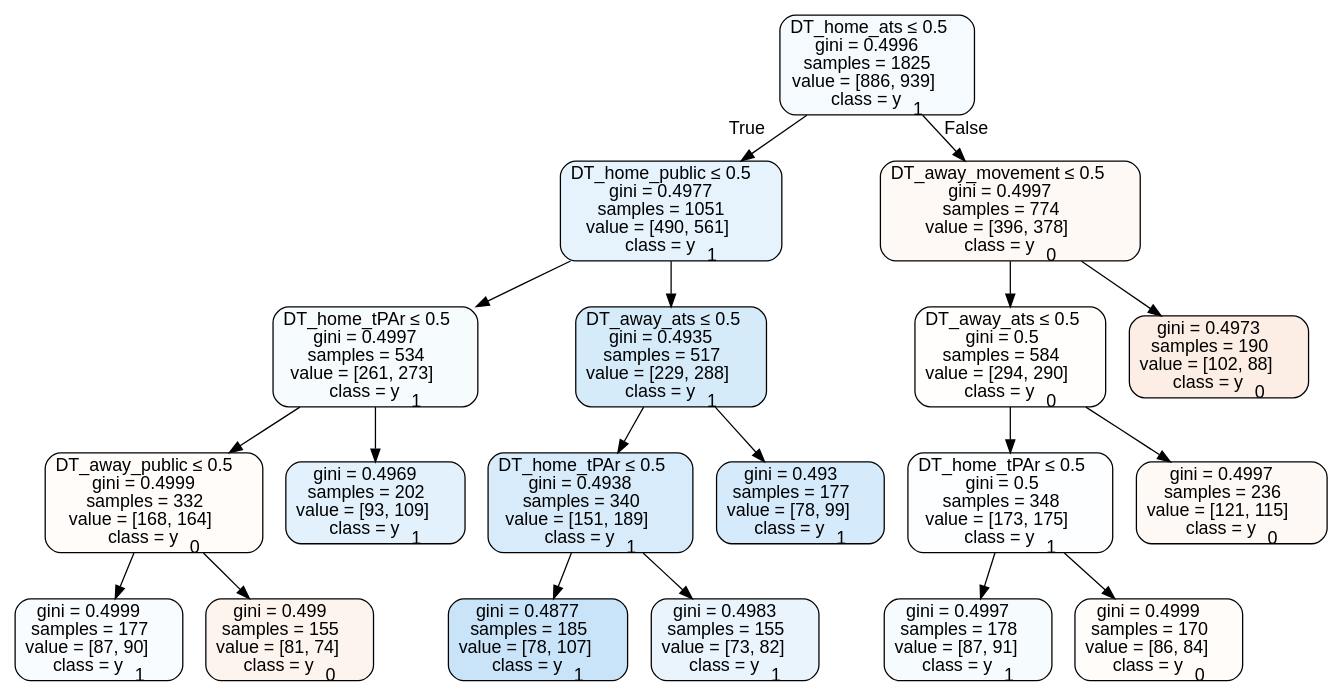
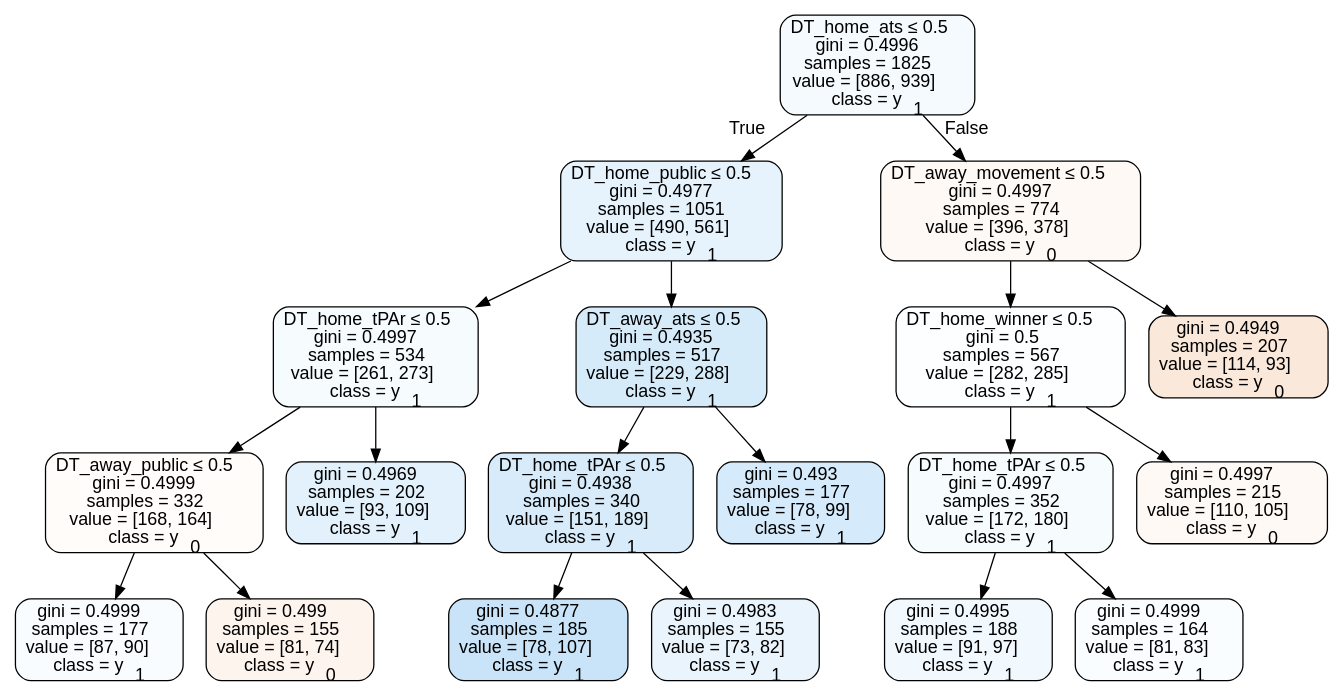
One commit to usbogie/ncaa-bets changed the diagram in tree_data/tree2015neutral.dot. Above: the diagram before and after it, drawn with Graphviz. The commit also changed 22 other files, not shown here.

```diff
--- a/tree_data/tree2015neutral.dot
+++ b/tree_data/tree2015neutral.dot
@@ -1,41 +1,41 @@
 digraph Tree {
 node [shape=box, style="filled, rounded", color="black", fontname=helvetica] ;
 edge [fontname=helvetica] ;
 0 [label=<DT_home_ats &le; 0.5<br/>gini = 0.4996<br/>samples = 1825<br/>value = [886, 939]<br/>class = y<SUB>1</SUB>>, fillcolor="#399de50e"] ;
 1 [label=<DT_home_public &le; 0.5<br/>gini = 0.4977<br/>samples = 1051<br/>value = [490, 561]<br/>class = y<SUB>1</SUB>>, fillcolor="#399de520"] ;
 0 -> 1 [labeldistance=2.5, labelangle=45, headlabel="True"] ;
 2 [label=<DT_home_tPAr &le; 0.5<br/>gini = 0.4997<br/>samples = 534<br/>value = [261, 273]<br/>class = y<SUB>1</SUB>>, fillcolor="#399de50b"] ;
 1 -> 2 ;
 3 [label=<DT_away_public &le; 0.5<br/>gini = 0.4999<br/>samples = 332<br/>value = [168, 164]<br/>class = y<SUB>0</SUB>>, fillcolor="#e5813906"] ;
 2 -> 3 ;
 4 [label=<gini = 0.4999<br/>samples = 177<br/>value = [87, 90]<br/>class = y<SUB>1</SUB>>, fillcolor="#399de508"] ;
 3 -> 4 ;
 5 [label=<gini = 0.499<br/>samples = 155<br/>value = [81, 74]<br/>class = y<SUB>0</SUB>>, fillcolor="#e5813916"] ;
 3 -> 5 ;
 6 [label=<gini = 0.4969<br/>samples = 202<br/>value = [93, 109]<br/>class = y<SUB>1</SUB>>, fillcolor="#399de525"] ;
 2 -> 6 ;
 7 [label=<DT_away_ats &le; 0.5<br/>gini = 0.4935<br/>samples = 517<br/>value = [229, 288]<br/>class = y<SUB>1</SUB>>, fillcolor="#399de534"] ;
 1 -> 7 ;
 8 [label=<DT_home_tPAr &le; 0.5<br/>gini = 0.4938<br/>samples = 340<br/>value = [151, 189]<br/>class = y<SUB>1</SUB>>, fillcolor="#399de533"] ;
 7 -> 8 ;
 9 [label=<gini = 0.4877<br/>samples = 185<br/>value = [78, 107]<br/>class = y<SUB>1</SUB>>, fillcolor="#399de545"] ;
 8 -> 9 ;
 10 [label=<gini = 0.4983<br/>samples = 155<br/>value = [73, 82]<br/>class = y<SUB>1</SUB>>, fillcolor="#399de51c"] ;
 8 -> 10 ;
 11 [label=<gini = 0.493<br/>samples = 177<br/>value = [78, 99]<br/>class = y<SUB>1</SUB>>, fillcolor="#399de536"] ;
 7 -> 11 ;
 12 [label=<DT_away_movement &le; 0.5<br/>gini = 0.4997<br/>samples = 774<br/>value = [396, 378]<br/>class = y<SUB>0</SUB>>, fillcolor="#e581390c"] ;
 0 -> 12 [labeldistance=2.5, labelangle=-45, headlabel="False"] ;
-13 [label=<DT_away_ats &le; 0.5<br/>gini = 0.5<br/>samples = 584<br/>value = [294, 290]<br/>class = y<SUB>0</SUB>>, fillcolor="#e5813903"] ;
+13 [label=<DT_home_winner &le; 0.5<br/>gini = 0.5<br/>samples = 567<br/>value = [282, 285]<br/>class = y<SUB>1</SUB>>, fillcolor="#399de503"] ;
 12 -> 13 ;
-14 [label=<DT_home_tPAr &le; 0.5<br/>gini = 0.5<br/>samples = 348<br/>value = [173, 175]<br/>class = y<SUB>1</SUB>>, fillcolor="#399de503"] ;
+14 [label=<DT_home_tPAr &le; 0.5<br/>gini = 0.4997<br/>samples = 352<br/>value = [172, 180]<br/>class = y<SUB>1</SUB>>, fillcolor="#399de50b"] ;
 13 -> 14 ;
-15 [label=<gini = 0.4997<br/>samples = 178<br/>value = [87, 91]<br/>class = y<SUB>1</SUB>>, fillcolor="#399de50b"] ;
+15 [label=<gini = 0.4995<br/>samples = 188<br/>value = [91, 97]<br/>class = y<SUB>1</SUB>>, fillcolor="#399de510"] ;
 14 -> 15 ;
-16 [label=<gini = 0.4999<br/>samples = 170<br/>value = [86, 84]<br/>class = y<SUB>0</SUB>>, fillcolor="#e5813906"] ;
+16 [label=<gini = 0.4999<br/>samples = 164<br/>value = [81, 83]<br/>class = y<SUB>1</SUB>>, fillcolor="#399de506"] ;
 14 -> 16 ;
-17 [label=<gini = 0.4997<br/>samples = 236<br/>value = [121, 115]<br/>class = y<SUB>0</SUB>>, fillcolor="#e581390d"] ;
+17 [label=<gini = 0.4997<br/>samples = 215<br/>value = [110, 105]<br/>class = y<SUB>0</SUB>>, fillcolor="#e581390c"] ;
 13 -> 17 ;
-18 [label=<gini = 0.4973<br/>samples = 190<br/>value = [102, 88]<br/>class = y<SUB>0</SUB>>, fillcolor="#e5813923"] ;
+18 [label=<gini = 0.4949<br/>samples = 207<br/>value = [114, 93]<br/>class = y<SUB>0</SUB>>, fillcolor="#e581392f"] ;
 12 -> 18 ;
 }
```
